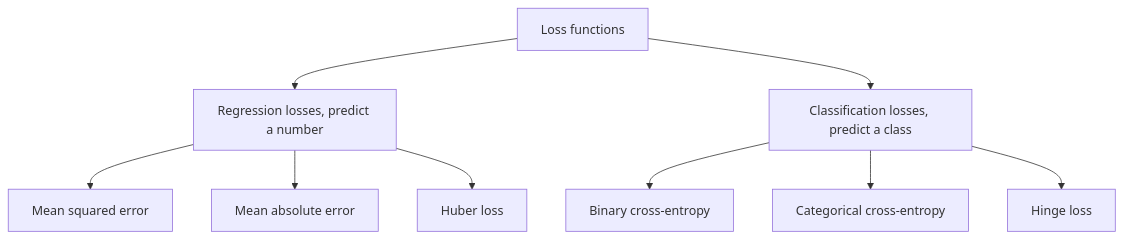
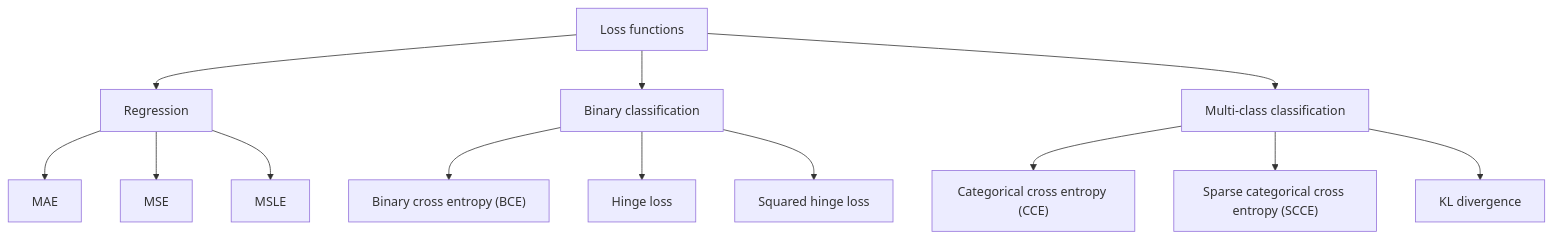
The second of 4 diagrams in content/deep-learning/notes/loss-functions.mdx (TrendySloth1001/sem-seven-notes), drawn with Mermaid before and after one commit. The commit also changed other lines of this file and 168 other files, not shown here.

````diff
--- a/content/deep-learning/notes/loss-functions.mdx
+++ b/content/deep-learning/notes/loss-functions.mdx
@@ -101,12 +71,16 @@
 ```mermaid
-%% caption: The two families. The syllabus names squared error and cross-entropy; the others are common variants.
+%% caption: The loss functions of the class, grouped by the type of problem.
 flowchart TD
-  A["Loss functions"] --> R["Regression losses, predict a number"]
-  A --> C["Classification losses, predict a class"]
-  R --> R1["Mean squared error"]
-  R --> R2["Mean absolute error"]
-  R --> R3["Huber loss"]
-  C --> C1["Binary cross-entropy"]
-  C --> C2["Categorical cross-entropy"]
-  C --> C3["Hinge loss"]
+  A["Loss functions"] --> B["Regression"]
+  A --> C["Binary classification"]
+  A --> D["Multi-class classification"]
+  B --> B1["MAE"]
+  B --> B2["MSE"]
+  B --> B3["MSLE"]
+  C --> C1["Binary cross entropy (BCE)"]
+  C --> C2["Hinge loss"]
+  C --> C3["Squared hinge loss"]
+  D --> D1["Categorical cross entropy (CCE)"]
+  D --> D2["Sparse categorical cross entropy (SCCE)"]
+  D --> D3["KL divergence"]
 ```
````
